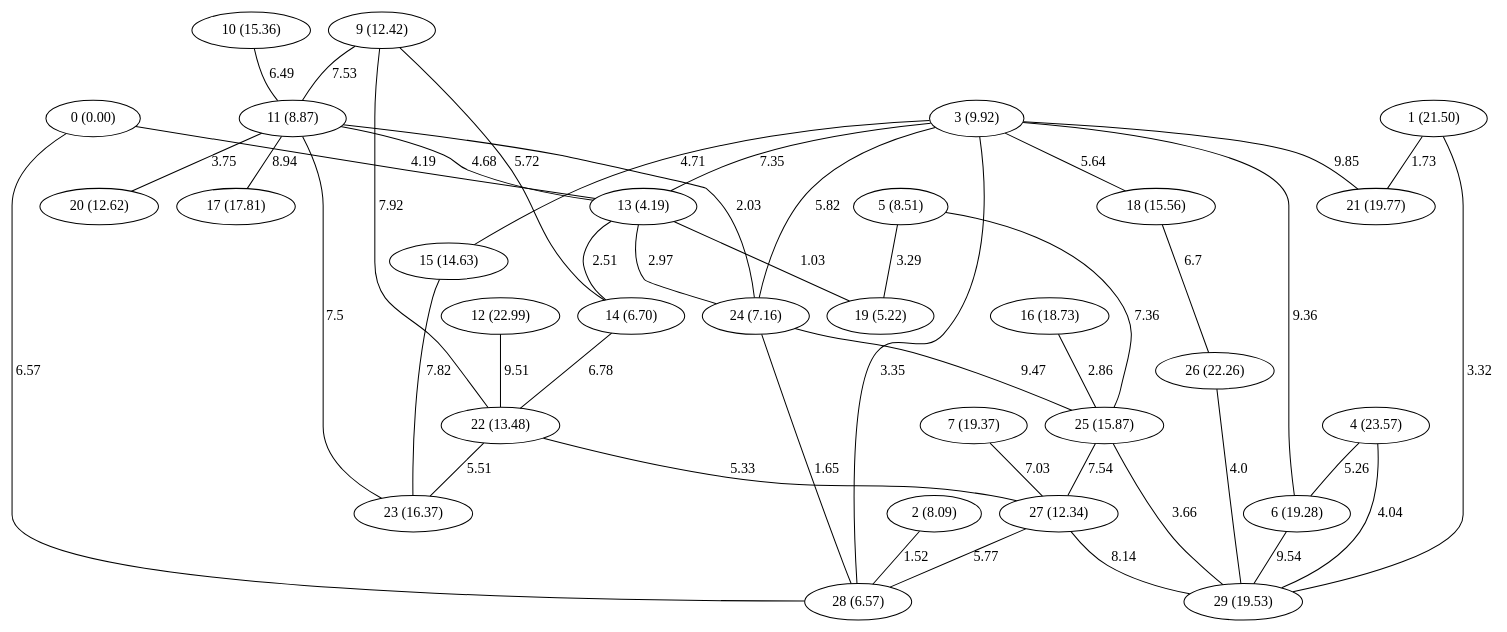
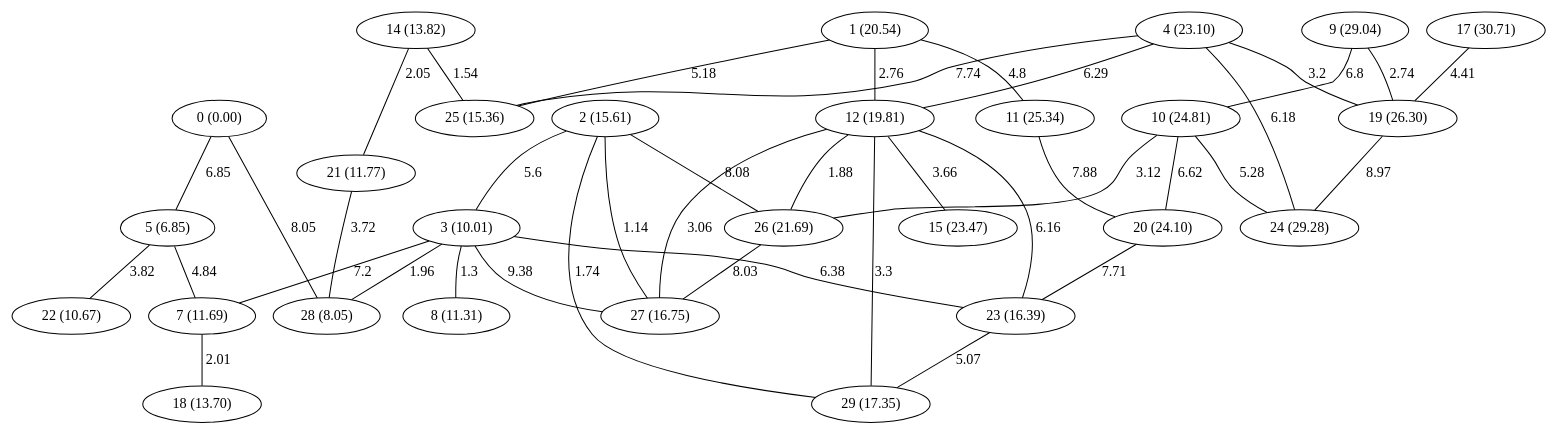
One commit to amorac4/DAA24 changed the diagram in Proyecto 3/ejemplos_grafo_dijkstra/dijkstra_grafo_Gilbert_30.gv. Above: the diagram before and after it, drawn with Graphviz. The commit also changed 37 other files, not shown here.

```diff
--- a/Proyecto 3/ejemplos_grafo_dijkstra/dijkstra_grafo_Gilbert_30.gv
+++ b/Proyecto 3/ejemplos_grafo_dijkstra/dijkstra_grafo_Gilbert_30.gv
@@ -1,75 +1,69 @@
 graph G {
 "0 (0.00)";
-"1 (21.50)";
-"2 (8.09)";
-"3 (9.92)";
-"4 (23.57)";
-"5 (8.51)";
-"6 (19.28)";
-"7 (19.37)";
-"9 (12.42)";
-"10 (15.36)";
-"11 (8.87)";
-"12 (22.99)";
-"13 (4.19)";
-"14 (6.70)";
-"15 (14.63)";
-"16 (18.73)";
-"17 (17.81)";
-"18 (15.56)";
-"19 (5.22)";
-"20 (12.62)";
-"21 (19.77)";
-"22 (13.48)";
-"23 (16.37)";
-"24 (7.16)";
-"25 (15.87)";
-"26 (22.26)";
-"27 (12.34)";
-"28 (6.57)";
-"29 (19.53)";
-"3 (9.92)" -- "21 (19.77)" [label="9.85"];
-"0 (0.00)" -- "13 (4.19)" [label="4.19"];
-"10 (15.36)" -- "11 (8.87)" [label="6.49"];
-"13 (4.19)" -- "24 (7.16)" [label="2.97"];
-"15 (14.63)" -- "23 (16.37)" [label="7.82"];
-"7 (19.37)" -- "27 (12.34)" [label="7.03"];
-"27 (12.34)" -- "29 (19.53)" [label="8.14"];
-"26 (22.26)" -- "29 (19.53)" [label="4.0"];
-"1 (21.50)" -- "29 (19.53)" [label="3.32"];
-"22 (13.48)" -- "27 (12.34)" [label="5.33"];
-"11 (8.87)" -- "17 (17.81)" [label="8.94"];
-"3 (9.92)" -- "6 (19.28)" [label="9.36"];
-"11 (8.87)" -- "13 (4.19)" [label="4.68"];
-"9 (12.42)" -- "14 (6.70)" [label="5.72"];
-"4 (23.57)" -- "29 (19.53)" [label="4.04"];
-"9 (12.42)" -- "11 (8.87)" [label="7.53"];
-"2 (8.09)" -- "28 (6.57)" [label="1.52"];
-"25 (15.87)" -- "29 (19.53)" [label="3.66"];
-"25 (15.87)" -- "27 (12.34)" [label="7.54"];
-"12 (22.99)" -- "22 (13.48)" [label="9.51"];
-"1 (21.50)" -- "21 (19.77)" [label="1.73"];
-"13 (4.19)" -- "14 (6.70)" [label="2.51"];
-"0 (0.00)" -- "28 (6.57)" [label="6.57"];
-"3 (9.92)" -- "24 (7.16)" [label="5.82"];
-"16 (18.73)" -- "25 (15.87)" [label="2.86"];
-"3 (9.92)" -- "15 (14.63)" [label="4.71"];
-"24 (7.16)" -- "28 (6.57)" [label="1.65"];
-"6 (19.28)" -- "29 (19.53)" [label="9.54"];
-"27 (12.34)" -- "28 (6.57)" [label="5.77"];
-"13 (4.19)" -- "19 (5.22)" [label="1.03"];
-"18 (15.56)" -- "26 (22.26)" [label="6.7"];
-"24 (7.16)" -- "25 (15.87)" [label="9.47"];
-"11 (8.87)" -- "24 (7.16)" [label="2.03"];
-"3 (9.92)" -- "13 (4.19)" [label="7.35"];
-"3 (9.92)" -- "28 (6.57)" [label="3.35"];
-"4 (23.57)" -- "6 (19.28)" [label="5.26"];
-"11 (8.87)" -- "20 (12.62)" [label="3.75"];
-"3 (9.92)" -- "18 (15.56)" [label="5.64"];
-"5 (8.51)" -- "25 (15.87)" [label="7.36"];
-"11 (8.87)" -- "23 (16.37)" [label="7.5"];
-"14 (6.70)" -- "22 (13.48)" [label="6.78"];
-"22 (13.48)" -- "23 (16.37)" [label="5.51"];
-"9 (12.42)" -- "22 (13.48)" [label="7.92"];
-"5 (8.51)" -- "19 (5.22)" [label="3.29"];
+"1 (20.54)";
+"2 (15.61)";
+"3 (10.01)";
+"4 (23.10)";
+"5 (6.85)";
+"7 (11.69)";
+"8 (11.31)";
+"9 (29.04)";
+"10 (24.81)";
+"11 (25.34)";
+"12 (19.81)";
+"14 (13.82)";
+"15 (23.47)";
+"17 (30.71)";
+"18 (13.70)";
+"19 (26.30)";
+"20 (24.10)";
+"21 (11.77)";
+"22 (10.67)";
+"23 (16.39)";
+"24 (29.28)";
+"25 (15.36)";
+"26 (21.69)";
+"27 (16.75)";
+"28 (8.05)";
+"29 (17.35)";
+"10 (24.81)" -- "26 (21.69)" [label="3.12"];
+"4 (23.10)" -- "24 (29.28)" [label="6.18"];
+"3 (10.01)" -- "28 (8.05)" [label="1.96"];
+"4 (23.10)" -- "12 (19.81)" [label="6.29"];
+"12 (19.81)" -- "23 (16.39)" [label="6.16"];
+"9 (29.04)" -- "19 (26.30)" [label="2.74"];
+"17 (30.71)" -- "19 (26.30)" [label="4.41"];
+"9 (29.04)" -- "10 (24.81)" [label="6.8"];
+"1 (20.54)" -- "12 (19.81)" [label="2.76"];
+"20 (24.10)" -- "23 (16.39)" [label="7.71"];
+"3 (10.01)" -- "8 (11.31)" [label="1.3"];
+"1 (20.54)" -- "25 (15.36)" [label="5.18"];
+"11 (25.34)" -- "20 (24.10)" [label="7.88"];
+"2 (15.61)" -- "27 (16.75)" [label="1.14"];
+"14 (13.82)" -- "21 (11.77)" [label="2.05"];
+"12 (19.81)" -- "27 (16.75)" [label="3.06"];
+"10 (24.81)" -- "20 (24.10)" [label="6.62"];
+"7 (11.69)" -- "18 (13.70)" [label="2.01"];
+"4 (23.10)" -- "19 (26.30)" [label="3.2"];
+"23 (16.39)" -- "29 (17.35)" [label="5.07"];
+"5 (6.85)" -- "22 (10.67)" [label="3.82"];
+"26 (21.69)" -- "27 (16.75)" [label="8.03"];
+"10 (24.81)" -- "24 (29.28)" [label="5.28"];
+"19 (26.30)" -- "24 (29.28)" [label="8.97"];
+"2 (15.61)" -- "3 (10.01)" [label="5.6"];
+"12 (19.81)" -- "15 (23.47)" [label="3.66"];
+"1 (20.54)" -- "11 (25.34)" [label="4.8"];
+"5 (6.85)" -- "7 (11.69)" [label="4.84"];
+"14 (13.82)" -- "25 (15.36)" [label="1.54"];
+"0 (0.00)" -- "28 (8.05)" [label="8.05"];
+"21 (11.77)" -- "28 (8.05)" [label="3.72"];
+"12 (19.81)" -- "26 (21.69)" [label="1.88"];
+"3 (10.01)" -- "23 (16.39)" [label="6.38"];
+"3 (10.01)" -- "27 (16.75)" [label="9.38"];
+"3 (10.01)" -- "7 (11.69)" [label="7.2"];
+"12 (19.81)" -- "29 (17.35)" [label="3.3"];
+"0 (0.00)" -- "5 (6.85)" [label="6.85"];
+"2 (15.61)" -- "29 (17.35)" [label="1.74"];
+"4 (23.10)" -- "25 (15.36)" [label="7.74"];
+"2 (15.61)" -- "26 (21.69)" [label="8.08"];
 }
```
